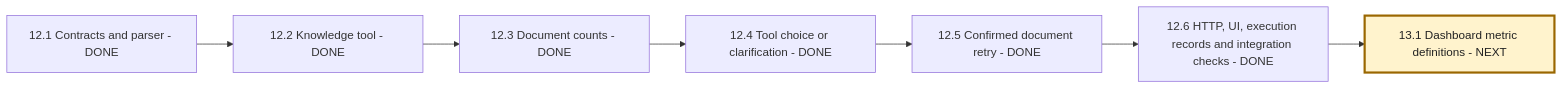
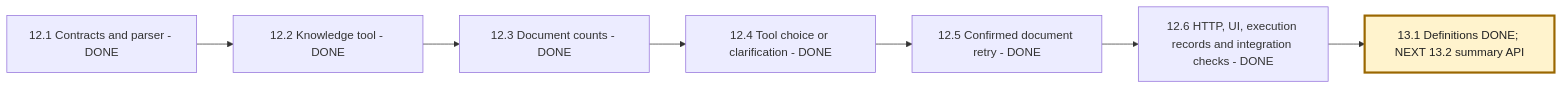
The fourth of 5 diagrams in NEXAAI_ROADMAP.md (msdian0007/nexaAi), drawn with Mermaid before and after one commit. The commit also changed other lines of this file and 4 other files, not shown here.

````diff
--- a/NEXAAI_ROADMAP.md
+++ b/NEXAAI_ROADMAP.md
@@ -305,10 +304,10 @@
 ```mermaid
 flowchart LR
     A[12.1 Contracts and parser - DONE] --> B[12.2 Knowledge tool - DONE]
     B --> C[12.3 Document counts - DONE]
     C --> D[12.4 Tool choice or clarification - DONE]
     D --> E[12.5 Confirmed document retry - DONE]
     E --> F[12.6 HTTP, UI, execution records and integration checks - DONE]
-    F --> G[13.1 Dashboard metric definitions - NEXT]
+    F --> G[13.1 Definitions DONE; NEXT 13.2 summary API]
     style G fill:#fff3cd,stroke:#9a6700,stroke-width:3px,color:#222
 ```
````
